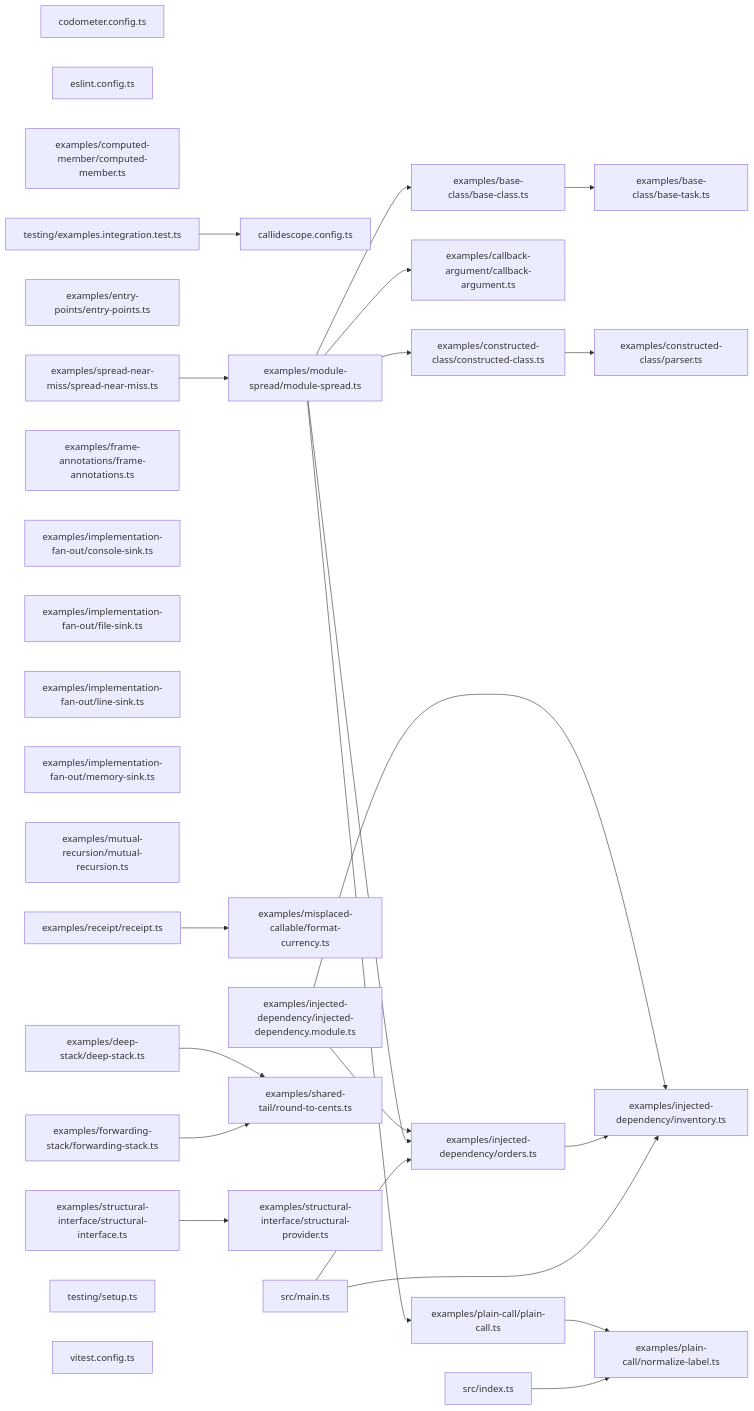
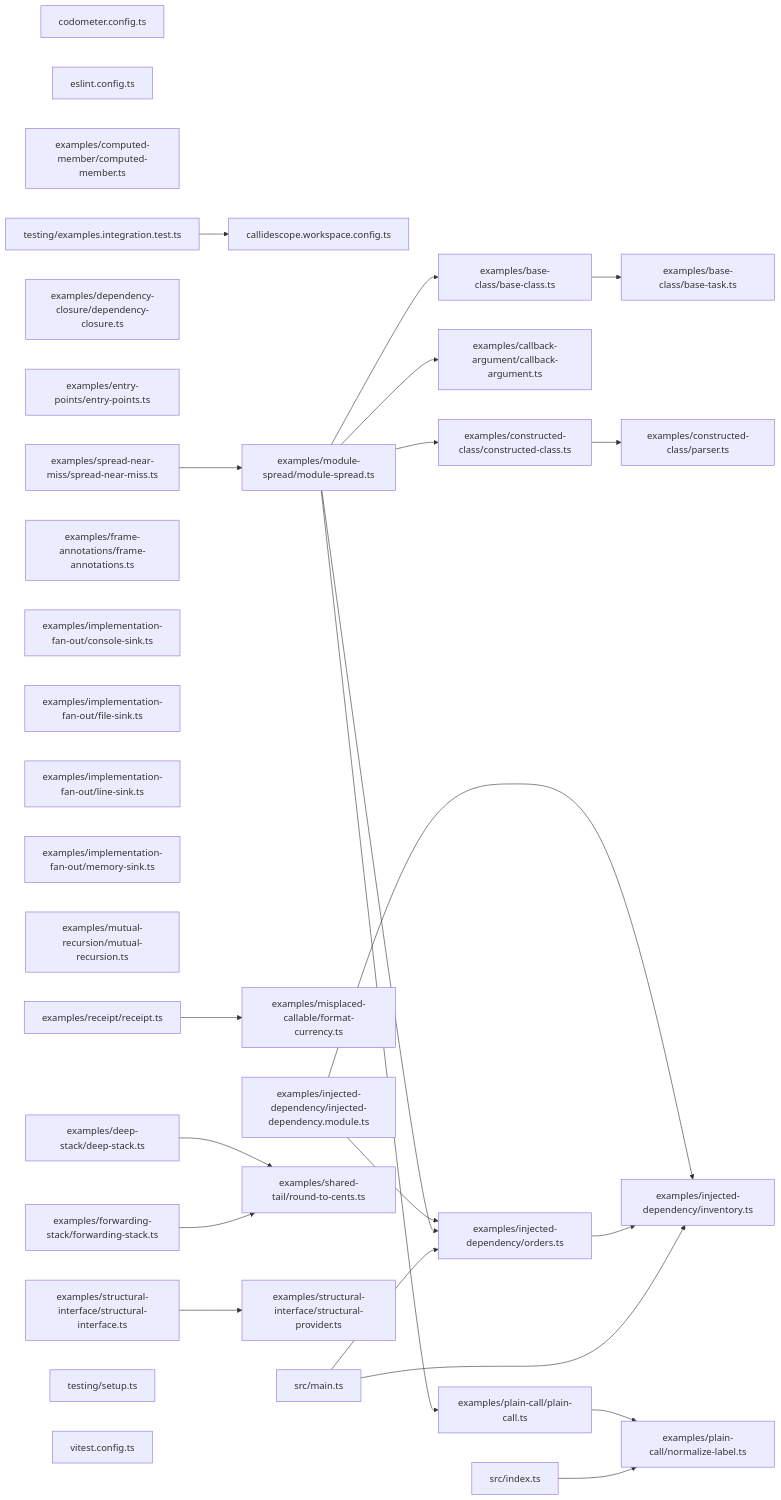
The second of 2 diagrams in packages/callidescope-examples/README.md (JimmyPaolini/codebase), drawn with Mermaid before and after one commit. The commit also changed other lines of this file and 6 other files, not shown here.

Commit message:
refactor(callidescope): ♻️ name the examples workspace configuration for the role it holds

````diff
--- a/packages/callidescope-examples/README.md
+++ b/packages/callidescope-examples/README.md
@@ -799,58 +803,59 @@
 ```mermaid
 graph LR
-  file_callidescope_config_ts["callidescope.config.ts"]
+  file_callidescope_workspace_config_ts["callidescope.workspace.config.ts"]
   file_codometer_config_ts["codometer.config.ts"]
   file_eslint_config_ts["eslint.config.ts"]
   file_examples_base_class_base_class_ts["examples/base-class/base-class.ts"]
   file_examples_base_class_base_task_ts["examples/base-class/base-task.ts"]
   file_examples_callback_argument_callback_argument_ts["examples/callback-argument/callback-argument.ts"]
   file_examples_computed_member_computed_member_ts["examples/computed-member/computed-member.ts"]
   file_examples_constructed_class_constructed_class_ts["examples/constructed-class/constructed-class.ts"]
   file_examples_constructed_class_parser_ts["examples/constructed-class/parser.ts"]
   file_examples_deep_stack_deep_stack_ts["examples/deep-stack/deep-stack.ts"]
+  file_examples_dependency_closure_dependency_closure_ts["examples/dependency-closure/dependency-closure.ts"]
   file_examples_entry_points_entry_points_ts["examples/entry-points/entry-points.ts"]
   file_examples_forwarding_stack_forwarding_stack_ts["examples/forwarding-stack/forwarding-stack.ts"]
   file_examples_frame_annotations_frame_annotations_ts["examples/frame-annotations/frame-annotations.ts"]
   file_examples_implementation_fan_out_console_sink_ts["examples/implementation-fan-out/console-sink.ts"]
   file_examples_implementation_fan_out_file_sink_ts["examples/implementation-fan-out/file-sink.ts"]
   file_examples_implementation_fan_out_line_sink_ts["examples/implementation-fan-out/line-sink.ts"]
   file_examples_implementation_fan_out_memory_sink_ts["examples/implementation-fan-out/memory-sink.ts"]
   file_examples_injected_dependency_injected_dependency_module_ts["examples/injected-dependency/injected-dependency.module.ts"]
   file_examples_injected_dependency_inventory_ts["examples/injected-dependency/inventory.ts"]
   file_examples_injected_dependency_orders_ts["examples/injected-dependency/orders.ts"]
   file_examples_misplaced_callable_format_currency_ts["examples/misplaced-callable/format-currency.ts"]
   file_examples_module_spread_module_spread_ts["examples/module-spread/module-spread.ts"]
   file_examples_mutual_recursion_mutual_recursion_ts["examples/mutual-recursion/mutual-recursion.ts"]
   file_examples_plain_call_normalize_label_ts["examples/plain-call/normalize-label.ts"]
   file_examples_plain_call_plain_call_ts["examples/plain-call/plain-call.ts"]
   file_examples_receipt_receipt_ts["examples/receipt/receipt.ts"]
   file_examples_shared_tail_round_to_cents_ts["examples/shared-tail/round-to-cents.ts"]
   file_examples_spread_near_miss_spread_near_miss_ts["examples/spread-near-miss/spread-near-miss.ts"]
   file_examples_structural_interface_structural_interface_ts["examples/structural-interface/structural-interface.ts"]
   file_examples_structural_interface_structural_provider_ts["examples/structural-interface/structural-provider.ts"]
   file_src_index_ts["src/index.ts"]
   file_src_main_ts["src/main.ts"]
   file_testing_examples_integration_test_ts["testing/examples.integration.test.ts"]
   file_testing_setup_ts["testing/setup.ts"]
   file_vitest_config_ts["vitest.config.ts"]
   file_examples_base_class_base_class_ts --> file_examples_base_class_base_task_ts
   file_examples_constructed_class_constructed_class_ts --> file_examples_constructed_class_parser_ts
   file_examples_deep_stack_deep_stack_ts --> file_examples_shared_tail_round_to_cents_ts
   file_examples_forwarding_stack_forwarding_stack_ts --> file_examples_shared_tail_round_to_cents_ts
   file_examples_injected_dependency_injected_dependency_module_ts --> file_examples_injected_dependency_inventory_ts
   file_examples_injected_dependency_injected_dependency_module_ts --> file_examples_injected_dependency_orders_ts
   file_examples_injected_dependency_orders_ts --> file_examples_injected_dependency_inventory_ts
   file_examples_module_spread_module_spread_ts --> file_examples_base_class_base_class_ts
   file_examples_module_spread_module_spread_ts --> file_examples_callback_argument_callback_argument_ts
   file_examples_module_spread_module_spread_ts --> file_examples_constructed_class_constructed_class_ts
   file_examples_module_spread_module_spread_ts --> file_examples_injected_dependency_orders_ts
   file_examples_module_spread_module_spread_ts --> file_examples_plain_call_plain_call_ts
   file_examples_plain_call_plain_call_ts --> file_examples_plain_call_normalize_label_ts
   file_examples_receipt_receipt_ts --> file_examples_misplaced_callable_format_currency_ts
   file_examples_spread_near_miss_spread_near_miss_ts --> file_examples_module_spread_module_spread_ts
   file_examples_structural_interface_structural_interface_ts --> file_examples_structural_interface_structural_provider_ts
   file_src_index_ts --> file_examples_plain_call_normalize_label_ts
   file_src_main_ts --> file_examples_injected_dependency_inventory_ts
   file_src_main_ts --> file_examples_injected_dependency_orders_ts
-  file_testing_examples_integration_test_ts --> file_callidescope_config_ts
+  file_testing_examples_integration_test_ts --> file_callidescope_workspace_config_ts
 ```
````
